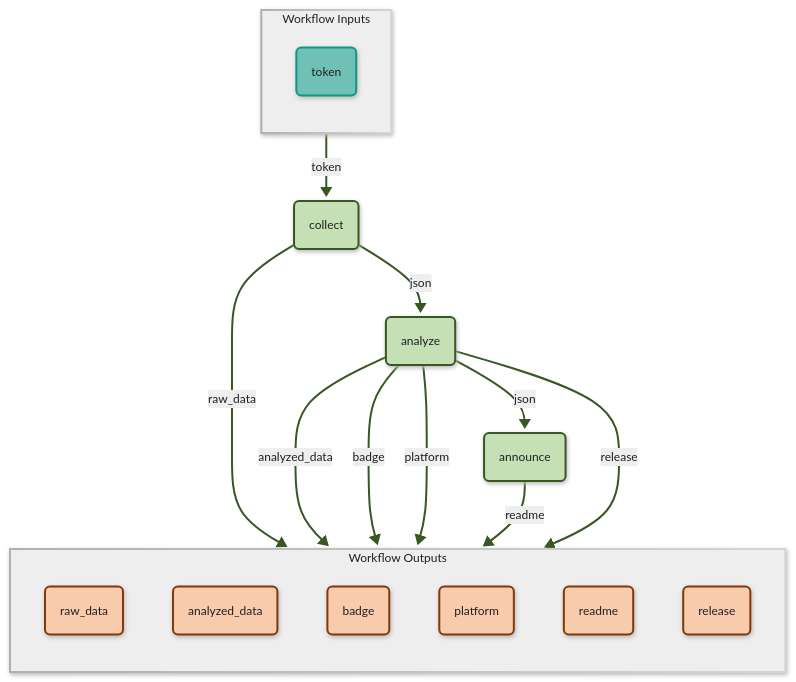
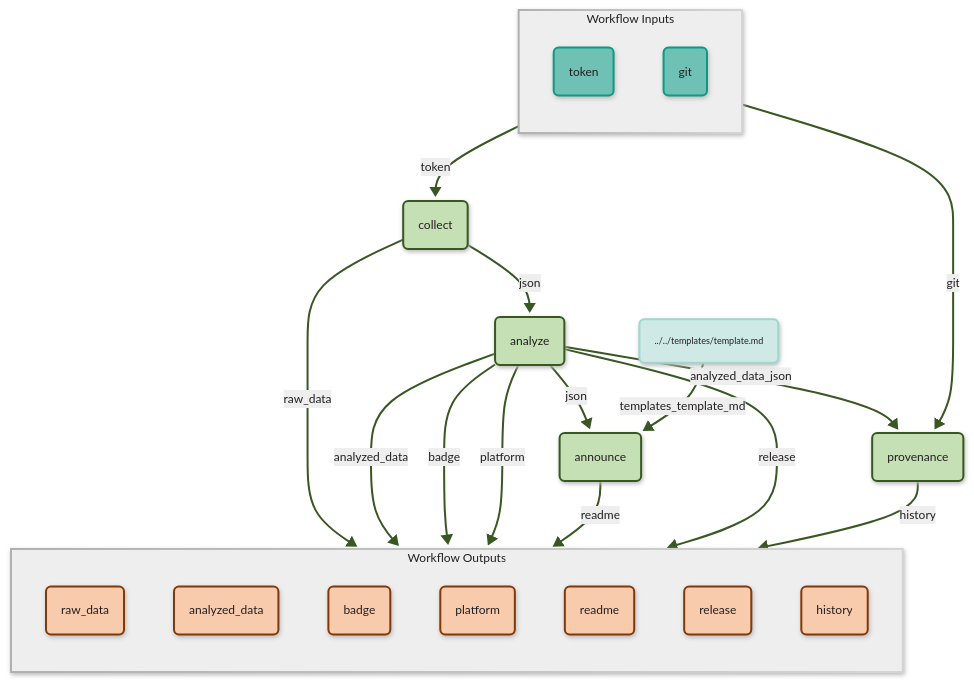
Before and after one commit to fairagro/m4.4_sciwin_client_examples: the diagram in README.md, drawn with Mermaid.

````diff
--- a/README.md
+++ b/README.md
@@ -26,54 +26,66 @@
 ```mermaid
 ---
 config:
   theme: base
   look: neo
   themeVariables:
     primaryColor: '#C5E0B4'
     primaryTextColor: '#231f20'
     secondaryColor: '#EEEEEE'
     lineColor: '#385723'    
     fontSize: 12px
     tertiaryTextColor: '#231f20'
     fontFamily: 'Fira Sans, trebuchet ms, verdana, arial'
 ---
 flowchart TB
   linkStyle default stroke:#385723,stroke-width: 2px;
   subgraph inputs[Workflow Inputs]
     direction TB
     token(token)
+    git(git)
   end
   subgraph outputs[Workflow Outputs]
     direction TB
     raw_data(raw_data)
     analyzed_data(analyzed_data)
     badge(badge)
     platform(platform)
     readme(readme)
     release(release)
+    history(history)
   end
     collect(collect)
   token --> |token|collect
     analyze(analyze)
   collect --> |json|analyze
     announce(announce)
   analyze --> |json|announce
+    announce_templates_template_md(../../templates/template.md)
+  announce_templates_template_md --> |templates_template_md|announce
+    provenance(provenance)
+  git --> |git|provenance
+  analyze --> |analyzed_data_json|provenance
   collect --> |raw_data|raw_data
   analyze --> |analyzed_data|analyzed_data
   analyze --> |badge|badge
   analyze --> |platform|platform
   announce --> |readme|readme
   analyze --> |release|release
+  provenance --> |history|history
   style inputs fill:#EEEEEE,stroke-width:2px;
   style token stroke:#0f9884,fill:#6FC1B5,stroke-width:2px;
+  style git stroke:#0f9884,fill:#6FC1B5,stroke-width:2px;
   style outputs fill:#EEEEEE,stroke-width:2px;
   style raw_data stroke:#823909,fill:#F8CBAD,stroke-width:2px;
   style analyzed_data stroke:#823909,fill:#F8CBAD,stroke-width:2px;
   style badge stroke:#823909,fill:#F8CBAD,stroke-width:2px;
   style platform stroke:#823909,fill:#F8CBAD,stroke-width:2px;
   style readme stroke:#823909,fill:#F8CBAD,stroke-width:2px;
   style release stroke:#823909,fill:#F8CBAD,stroke-width:2px;
+  style history stroke:#823909,fill:#F8CBAD,stroke-width:2px;
   style collect stroke:#385723,stroke-width:2px;
   style analyze stroke:#385723,stroke-width:2px;
   style announce stroke:#385723,stroke-width:2px;
+  style announce_templates_template_md font-size:9px,fill:#cfeae6, stroke:#9FD6CE,stroke-width:2px;
+  style provenance stroke:#385723,stroke-width:2px;
 ```
````
